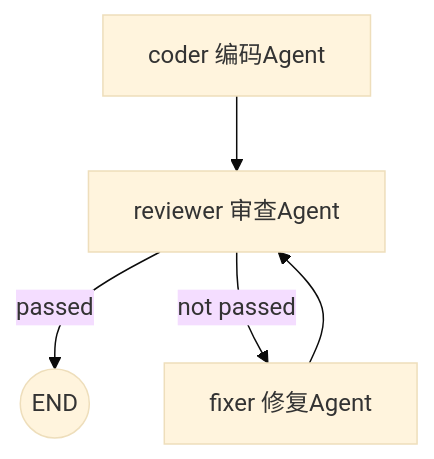
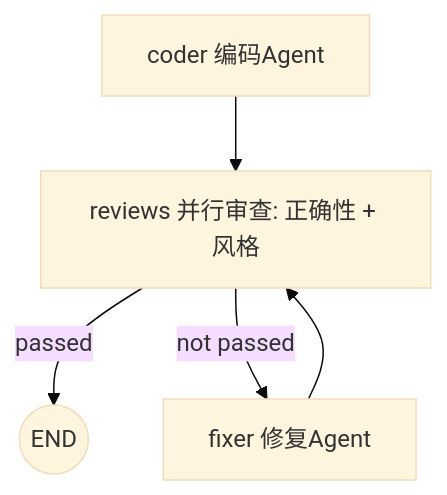
One commit to Alinaaa678/se-homework2-workflow changed the diagram in README.md. Above: the diagram before and after it, drawn with Mermaid (base theme). The commit also changed other lines of this file and 18 other files, not shown here.

````diff
--- a/README.md
+++ b/README.md
@@ -9,10 +8,10 @@
 ```mermaid
 flowchart TD
     coder[coder 编码Agent]
-    reviewer[reviewer 审查Agent]
+    reviews[reviews 并行审查: 正确性 + 风格]
     fixer[fixer 修复Agent]
-    coder --> reviewer
-    reviewer -->|passed| END((END))
-    reviewer -->|not passed| fixer
-    fixer --> reviewer
+    coder --> reviews
+    reviews -->|passed| END((END))
+    reviews -->|not passed| fixer
+    fixer --> reviews
 ```
````
